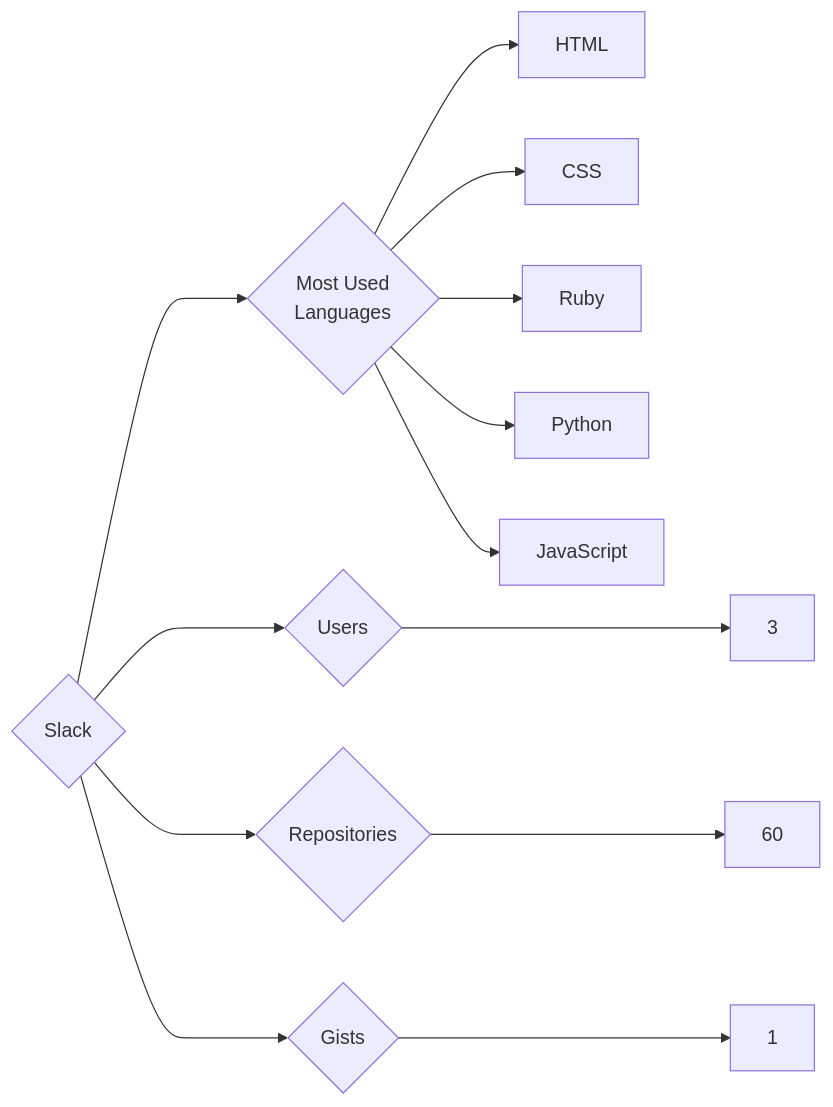
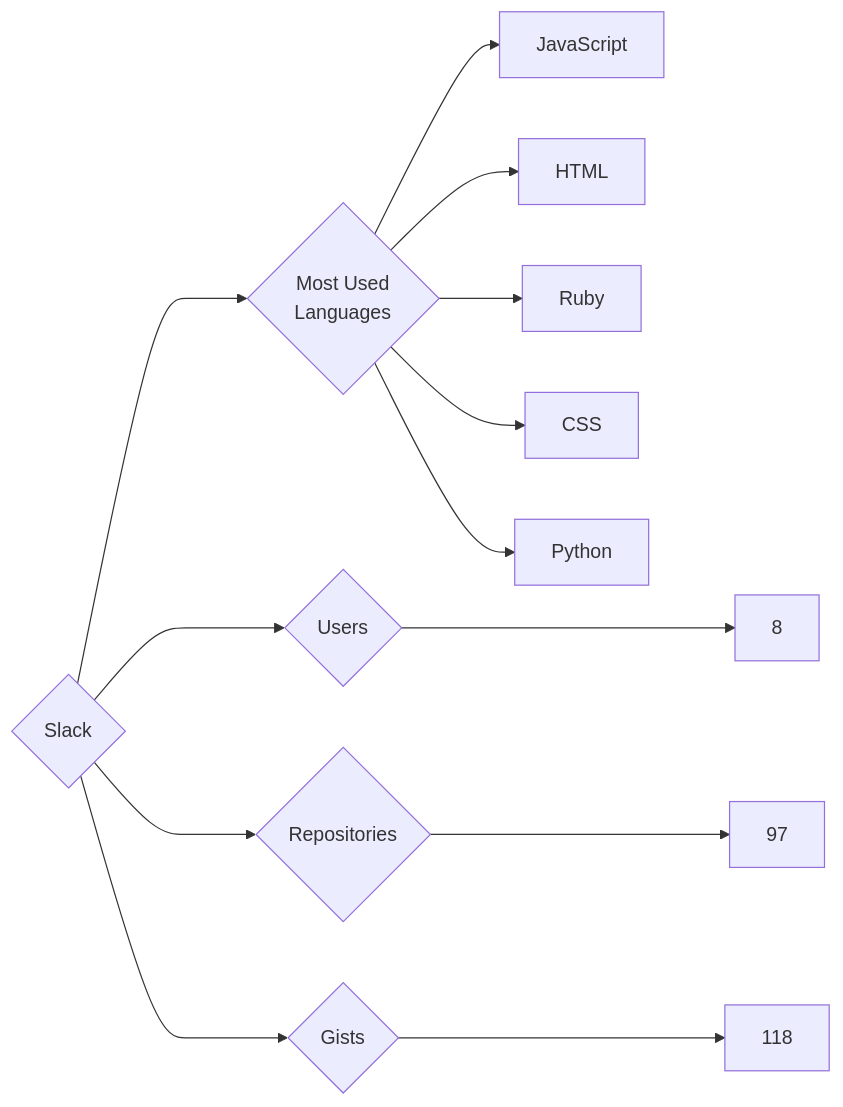
The diagram in targets/Slack/README.md (trickest/insiders), drawn with Mermaid before and after one commit. The commit also changed 1696 other files, not shown here.

````diff
--- a/targets/Slack/README.md
+++ b/targets/Slack/README.md
@@ -3,13 +3,13 @@
 ```mermaid
 graph LR
 COMPANY_NAME{Slack}
-COMPANY_NAME ---> U{Users} ---> UN[3]
-COMPANY_NAME ---> R{Repositories} ---> RN[60]
-COMPANY_NAME ---> G{Gists} ---> GN[1]
+COMPANY_NAME ---> U{Users} ---> UN[8]
+COMPANY_NAME ---> R{Repositories} ---> RN[97]
+COMPANY_NAME ---> G{Gists} ---> GN[118]
 COMPANY_NAME ---> ML{Most Used<br>Languages}
+ML --> JavaScript[JavaScript]
 ML --> HTML[HTML]
+ML --> Ruby[Ruby]
 ML --> CSS[CSS]
-ML --> Ruby[Ruby]
 ML --> Python[Python]
-ML --> JavaScript[JavaScript]
 ```
````
